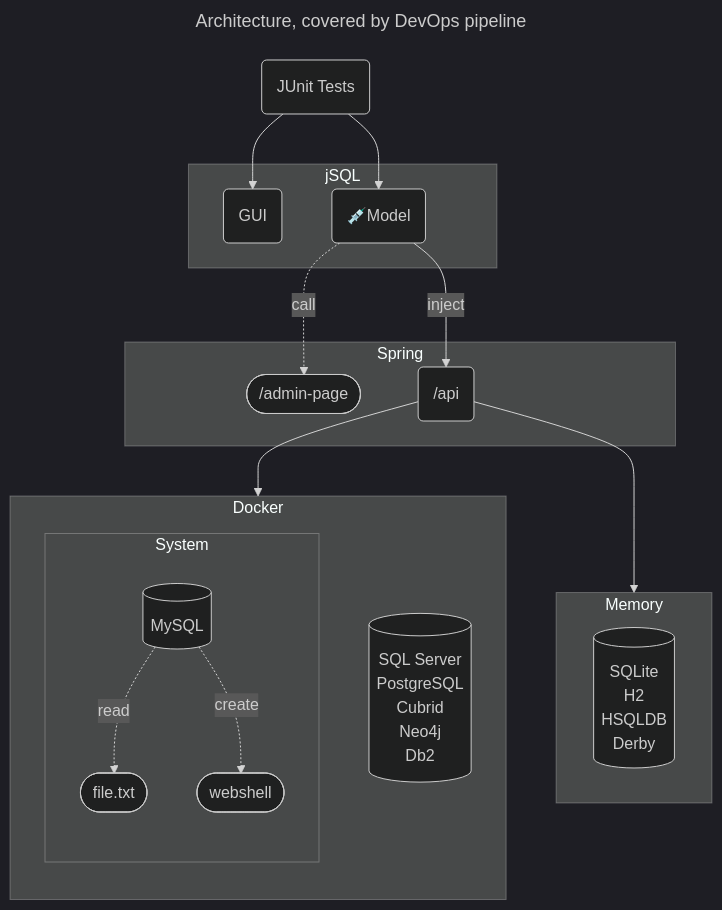
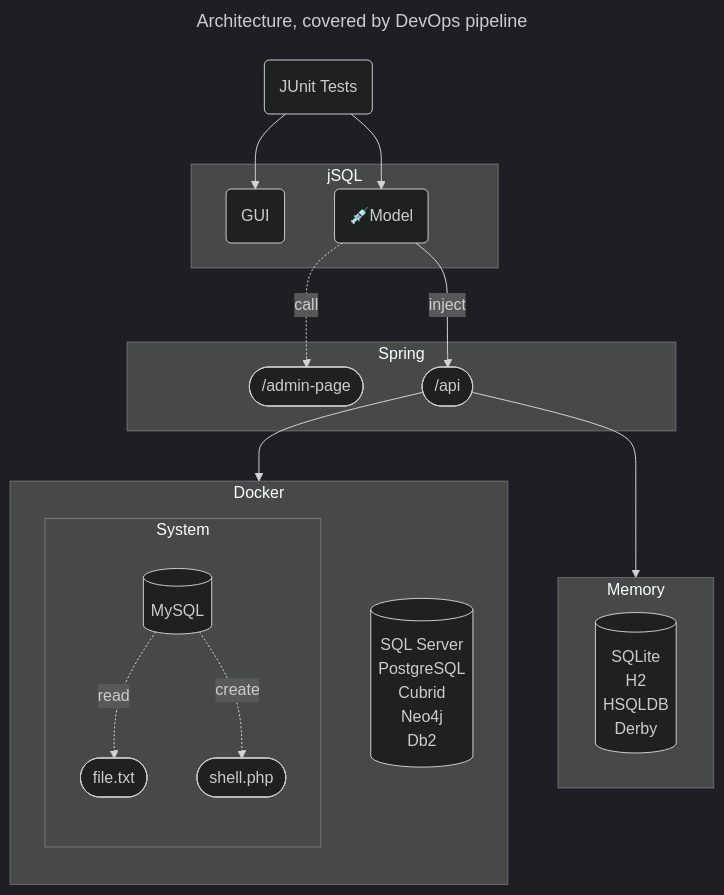
The diagram in README.md (ron190/jsql-injection), drawn with Mermaid (dark theme) before and after one commit. The commit also changed 7 other files, not shown here.

````diff
--- a/README.md
+++ b/README.md
@@ -43,35 +43,35 @@
 ```mermaid
 ---
 title: Architecture, covered by DevOps pipeline
 ---
 graph
 junit-test(JUnit Tests)
 subgraph "jSQL"
     gui(GUI)
     inject-model("💉Model")
 end
 subgraph Spring
     admin-page([/admin-page])
-    spring-apis(/api)
+    spring-apis([/api])
 end
 subgraph Memory
     memory-other[(SQLite\nH2\nHSQLDB\nDerby)]   
 end
 subgraph Docker
     direction TB
     subgraph System
         direction TB
         mysql[(MySQL)]
         file.txt(["file.txt"])   
-        webshell(["webshell"])   
+        shell(["shell.php"])
     end   
     docker-other[(SQL Server\nPostgreSQL\nCubrid\nNeo4j\nDb2)]   
 end
 junit-test --> inject-model & gui
 inject-model -. "call" .-> admin-page
 inject-model -- inject --> spring-apis
 spring-apis --> Docker
 spring-apis --> Memory
 mysql -. read .-> file.txt
-mysql -. create .-> webshell
+mysql -. create .-> shell
 ```
````
